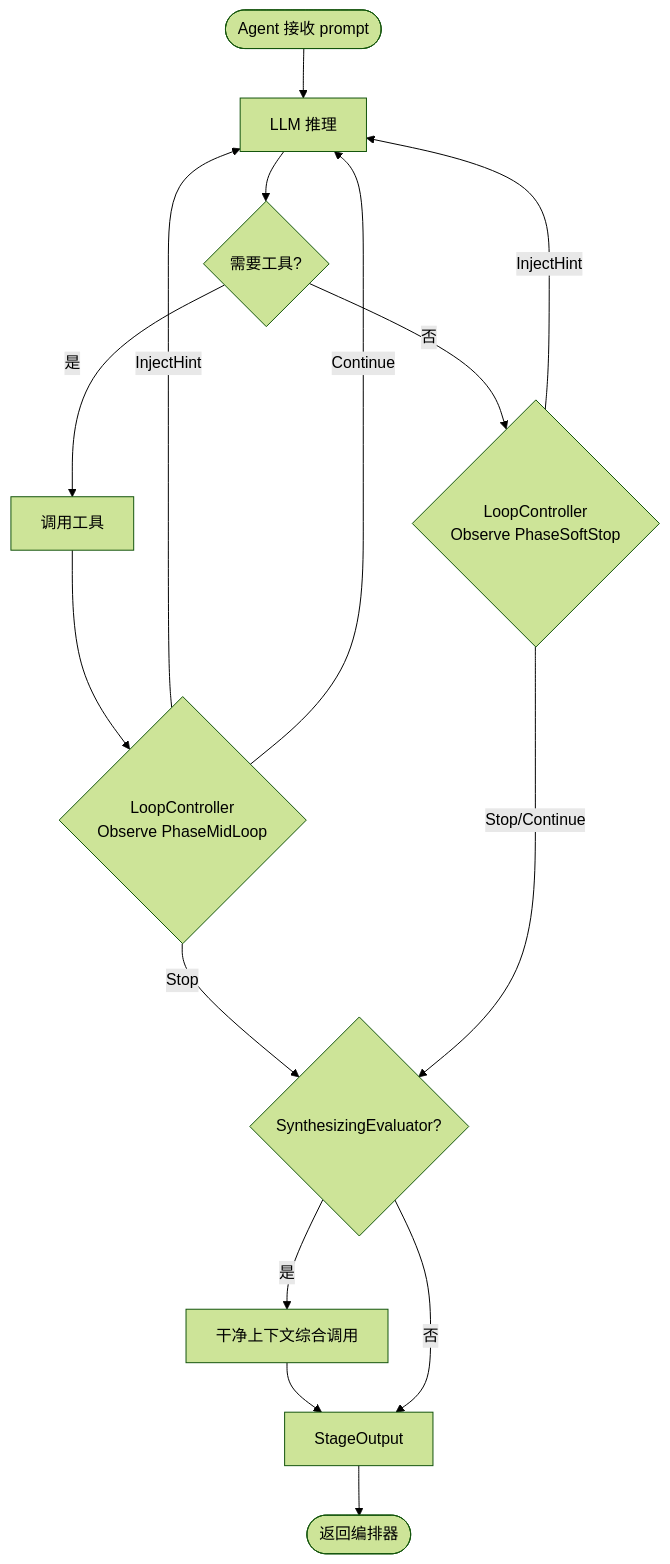
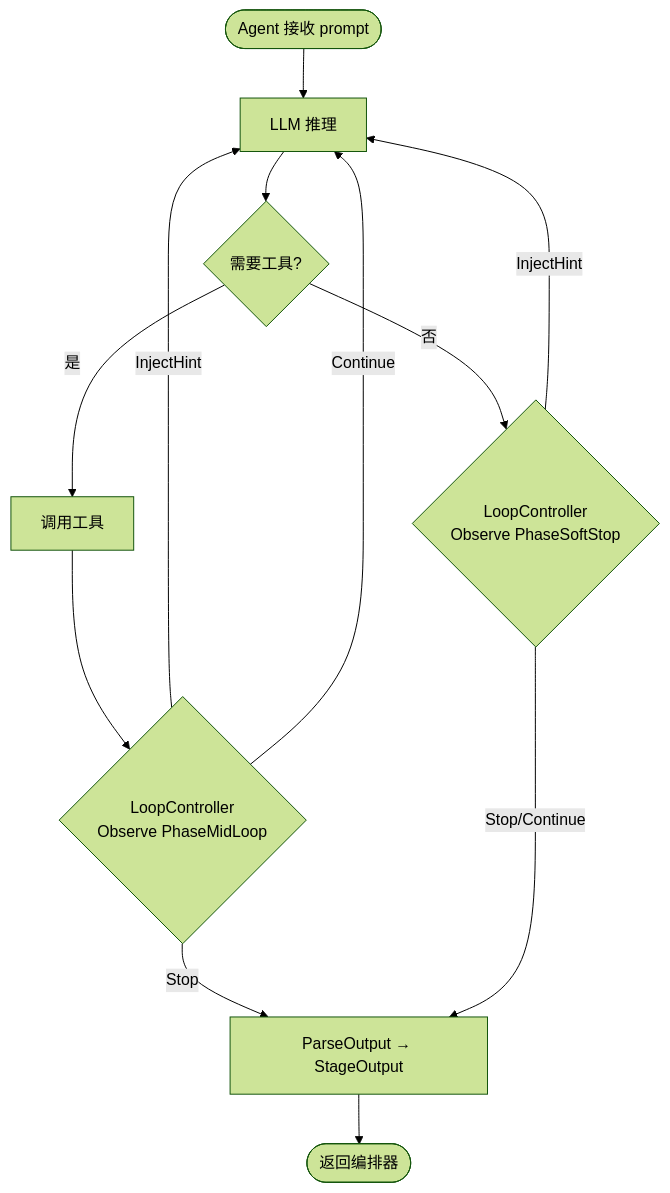
One commit to hanchaoqun/codrax changed the third of 4 diagrams in docs/architecture.md. Above: the diagram before and after it, drawn with Mermaid (forest theme). The commit also changed other lines of this file and 3 other files, not shown here.

````diff
--- a/docs/architecture.md
+++ b/docs/architecture.md
@@ -194,17 +194,14 @@
 ```mermaid
 graph TD
     Start([Agent 接收 prompt]) --> Think[LLM 推理]
     Think --> Decide{需要工具?}
     Decide -->|是| Act[调用工具]
     Act --> MidLoop{LoopController<br/>Observe PhaseMidLoop}
     MidLoop -->|InjectHint| Think
-    MidLoop -->|Stop| Synth
+    MidLoop -->|Stop| Output
     MidLoop -->|Continue| Think
     Decide -->|否| SoftStop{LoopController<br/>Observe PhaseSoftStop}
     SoftStop -->|InjectHint| Think
-    SoftStop -->|Stop/Continue| Synth{SynthesizingEvaluator?}
-    Synth -->|是| SynthCall[干净上下文综合调用]
-    SynthCall --> Output
-    Synth -->|否| Output[StageOutput]
+    SoftStop -->|Stop/Continue| Output[ParseOutput → StageOutput]
     Output --> Done([返回编排器])
 ```
````
